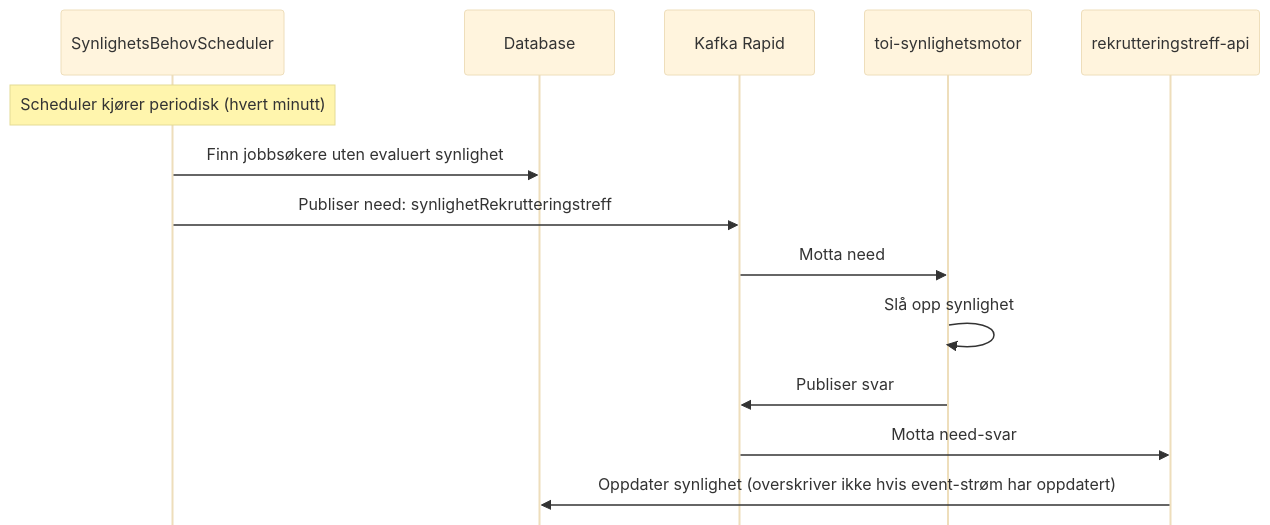
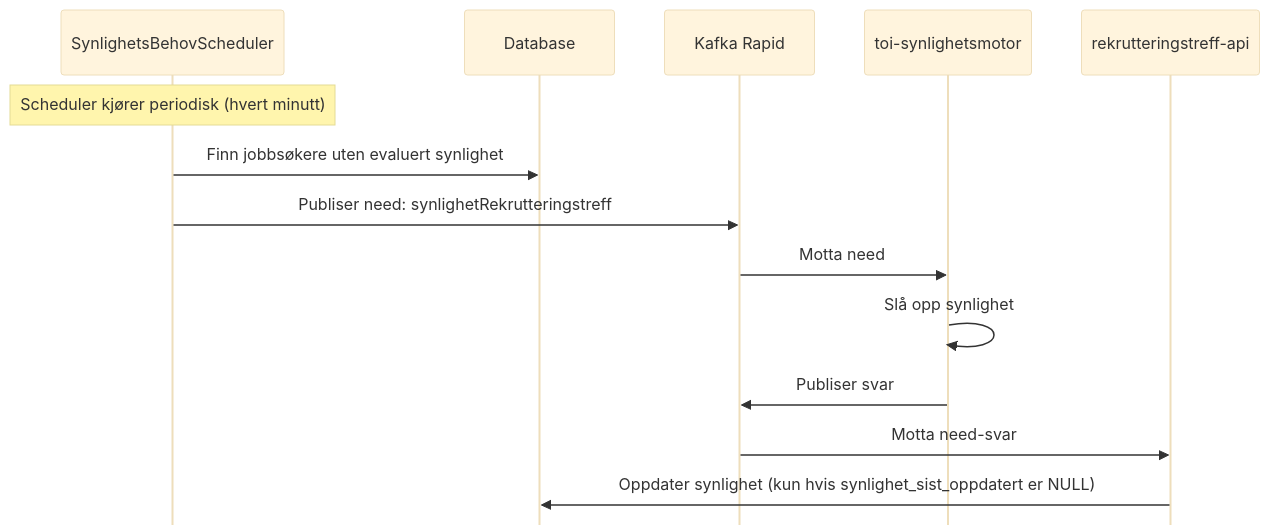
One commit to navikt/rekrutteringstreff-backend changed the third of 5 diagrams in docs/3-sikkerhet/synlighet.md. Above: the diagram before and after it, drawn with Mermaid (base theme).

Commit message:
Oppdatert synlighetsdiaram

````diff
--- a/docs/3-sikkerhet/synlighet.md
+++ b/docs/3-sikkerhet/synlighet.md
@@ -74,20 +74,20 @@
 ```mermaid
 sequenceDiagram
     %%{init: {'sequence': {'mirrorActors': false}}}%%
     participant Sched as SynlighetsBehovScheduler
     participant DB as Database
     participant Kafka as Kafka Rapid
     participant SM as toi-synlighetsmotor
     participant API as rekrutteringstreff-api
 
     Note over Sched: Scheduler kjører periodisk (hvert minutt)
     Sched->>DB: Finn jobbsøkere uten evaluert synlighet
     Sched->>Kafka: Publiser need: synlighetRekrutteringstreff
 
     Kafka->>SM: Motta need
     SM->>SM: Slå opp synlighet
     SM->>Kafka: Publiser svar
 
     Kafka->>API: Motta need-svar
-    API->>DB: Oppdater synlighet (overskriver ikke hvis event-strøm har oppdatert)
+    API->>DB: Oppdater synlighet (kun hvis synlighet_sist_oppdatert er NULL)
 ```
````
